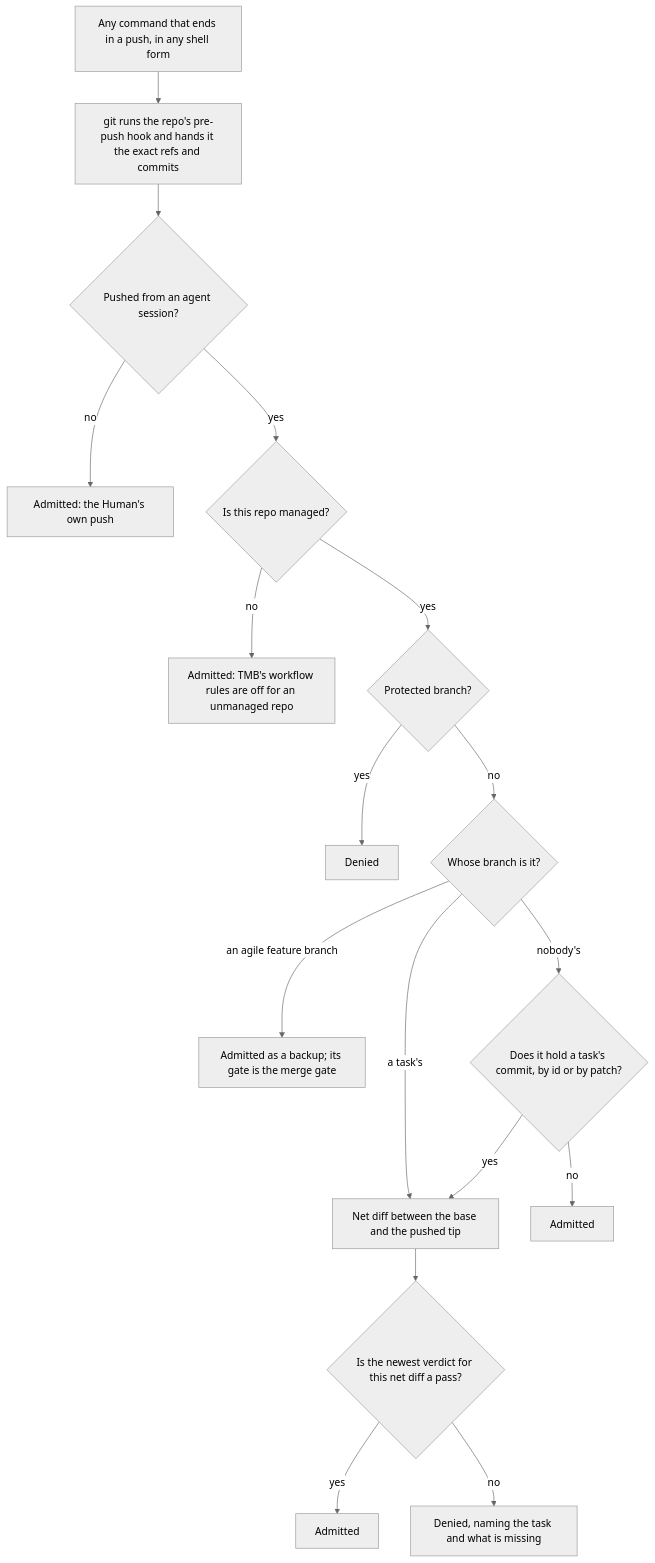
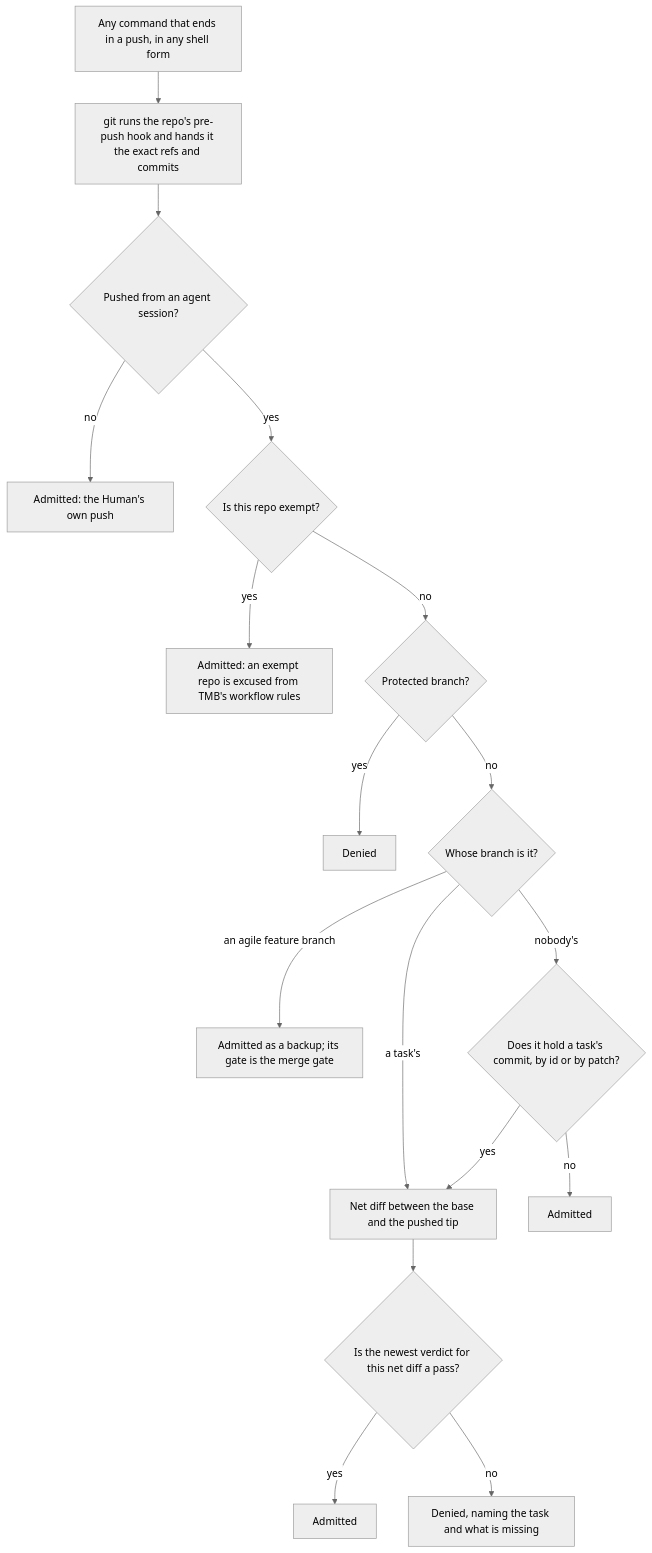
One commit to trustmybot/plugin changed the second of 3 diagrams in docs/architecture/GIT.md. Above: the diagram before and after it, drawn with Mermaid (neutral theme). The commit also changed other lines of this file and 4 other files, not shown here.

Commit message:
📝 docs(git): name the repo mode exempt, record its tasks (GH 3281)

````diff
--- a/docs/architecture/GIT.md
+++ b/docs/architecture/GIT.md
@@ -91,19 +91,19 @@
 ```mermaid
 flowchart TD
     A[Any command that ends in a push, in any shell form] --> B[git runs the repo's pre-push hook and hands it the exact refs and commits]
     B --> C{Pushed from an agent session?}
     C -- no --> OK[Admitted: the Human's own push]
-    C -- yes --> D{Is this repo managed?}
-    D -- no --> N[Admitted: TMB's workflow rules are off for an unmanaged repo]
-    D -- yes --> E{Protected branch?}
+    C -- yes --> D{Is this repo exempt?}
+    D -- yes --> N[Admitted: an exempt repo is excused from TMB's workflow rules]
+    D -- no --> E{Protected branch?}
     E -- yes --> X[Denied]
     E -- no --> F{Whose branch is it?}
     F -- a task's --> G[Net diff between the base and the pushed tip]
     F -- an agile feature branch --> FB[Admitted as a backup; its gate is the merge gate]
     F -- "nobody's" --> H{Does it hold a task's commit, by id or by patch?}
     H -- no --> OK2[Admitted]
     H -- yes --> G
     G --> I{Is the newest verdict for this net diff a pass?}
     I -- yes --> OK3[Admitted]
     I -- no --> X2[Denied, naming the task and what is missing]
 ```
````
